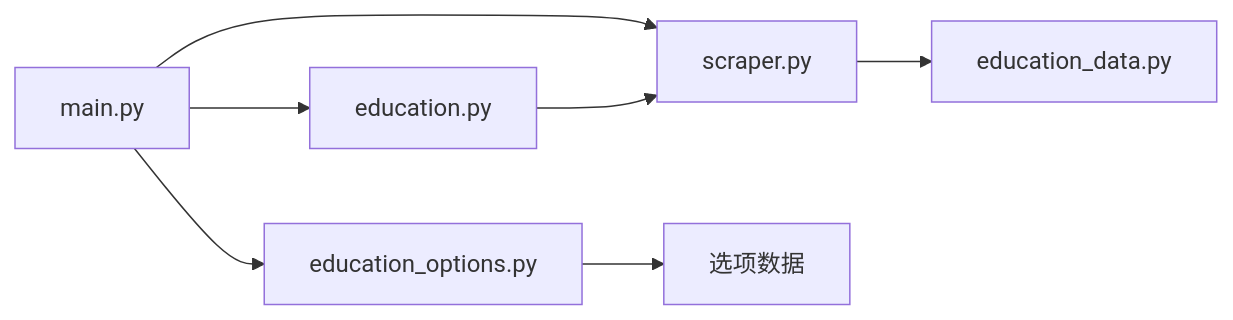
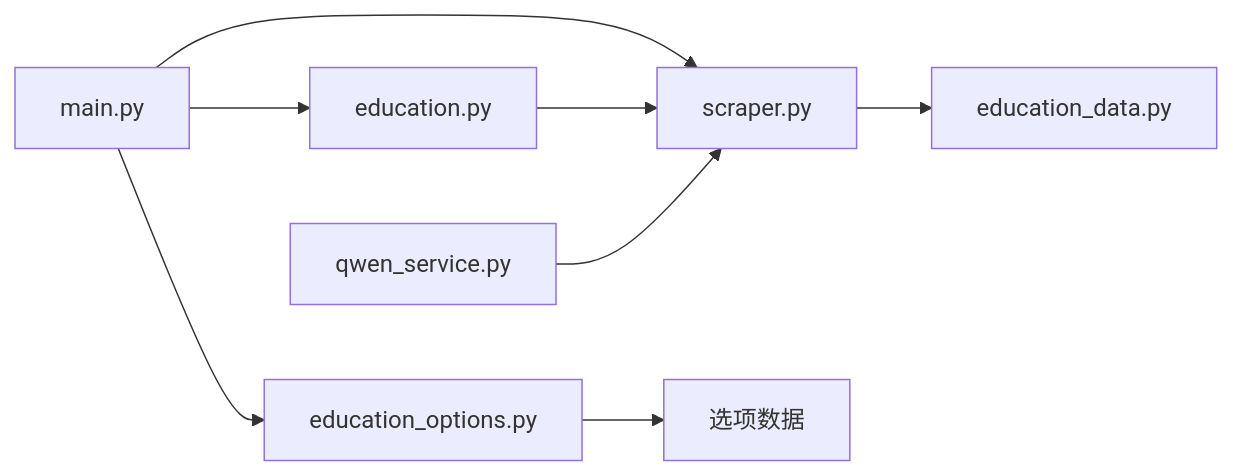
One commit to ghbbn053-ship-itsoulddog/soulddog changed the eighth of 9 diagrams in .qoder/repowiki/zh/content/后端API文档/学术数据查询API/培养方案查询API.md. Above: the diagram before and after it, drawn with Mermaid. The commit also changed other lines of this file and 8 other files, not shown here.

````diff
--- a/.qoder/repowiki/zh/content/后端API文档/学术数据查询API/培养方案查询API.md
+++ b/.qoder/repowiki/zh/content/后端API文档/学术数据查询API/培养方案查询API.md
@@ -551,9 +644,10 @@
 ```mermaid
 graph LR
 A[main.py] --> B[scraper.py]
 A --> C[education_options.py]
 A --> D[education.py]
 D --> B
 B --> E[education_data.py]
 C --> F[选项数据]
+G[qwen_service.py] --> B
 ```
````
